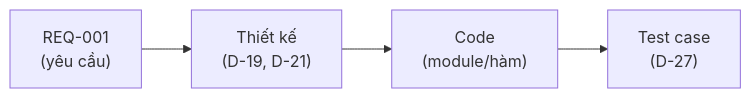
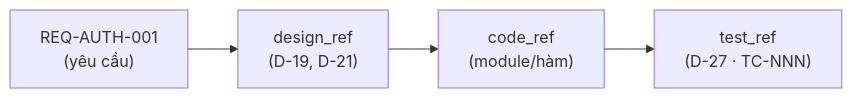
One commit to hanh9898/waterfall-bmad-method changed the fifth of 7 diagrams in docs/vi/explanation/concepts.md. Above: the diagram before and after it, drawn with Mermaid. The commit also changed other lines of this file and 29 other files, not shown here.

````diff
--- a/docs/vi/explanation/concepts.md
+++ b/docs/vi/explanation/concepts.md
@@ -70,6 +170,6 @@
 ```mermaid
 flowchart LR
-    REQ["REQ-001<br/>(yêu cầu)"] --> DES["Thiết kế<br/>(D-19, D-21)"]
-    DES --> CODE["Code<br/>(module/hàm)"]
-    CODE --> TEST["Test case<br/>(D-27)"]
+    REQ["REQ-AUTH-001<br/>(yêu cầu)"] --> DES["design_ref<br/>(D-19, D-21)"]
+    DES --> CODE["code_ref<br/>(module/hàm)"]
+    CODE --> TEST["test_ref<br/>(D-27 · TC-NNN)"]
 ```
````
